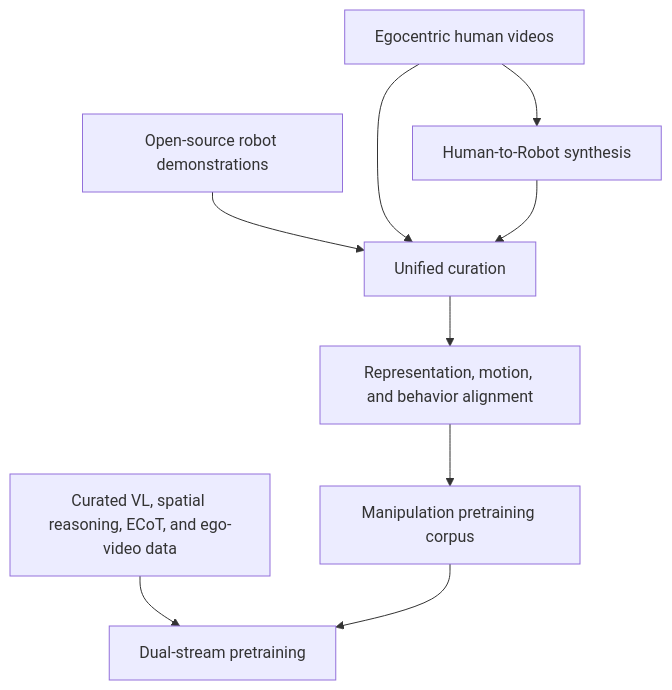
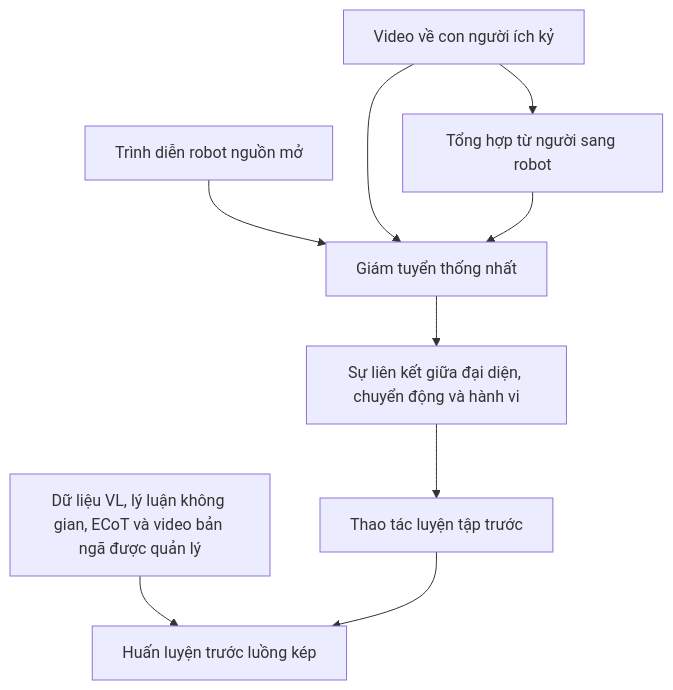
One commit to cycler04/VinRobotics-VLA changed the second of 3 diagrams in docs/research_finding/01-gwen/qwen_models/Qwen-RobotManip/qwen_robotmanip_details.md. Above: the diagram before and after it, drawn with Mermaid. The commit also changed other lines of this file and 24 other files, not shown here.

````diff
--- a/docs/research_finding/01-gwen/qwen_models/Qwen-RobotManip/qwen_robotmanip_details.md
+++ b/docs/research_finding/01-gwen/qwen_models/Qwen-RobotManip/qwen_robotmanip_details.md
@@ -318,11 +318,11 @@
 ```mermaid
 flowchart TD
-    R[Open-source robot demonstrations] --> C[Unified curation]
-    E[Egocentric human videos] --> C
-    E --> H2R[Human-to-Robot synthesis]
+    R[Trình diễn robot nguồn mở] --> C[Giám tuyển thống nhất]
+    E[Video về con người ích kỷ] --> C
+    E --> H2R[Tổng hợp từ người sang robot]
     H2R --> C
-    C --> A[Representation, motion, and behavior alignment]
-    A --> P[Manipulation pretraining corpus]
-    VL[Curated VL, spatial reasoning, ECoT, and ego-video data] --> TRAIN[Dual-stream pretraining]
+    C --> A[Sự liên kết giữa đại diện, chuyển động và hành vi]
+    A --> P[Thao tác luyện tập trước]
+    VL[Dữ liệu VL, lý luận không gian, ECoT và video bản ngã được quản lý] --> TRAIN[Huấn luyện trước luồng kép]
     P --> TRAIN
 ```
````
